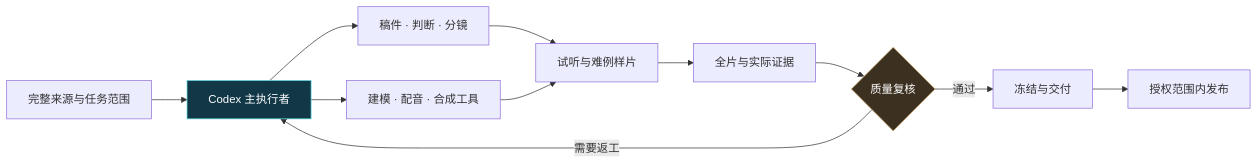
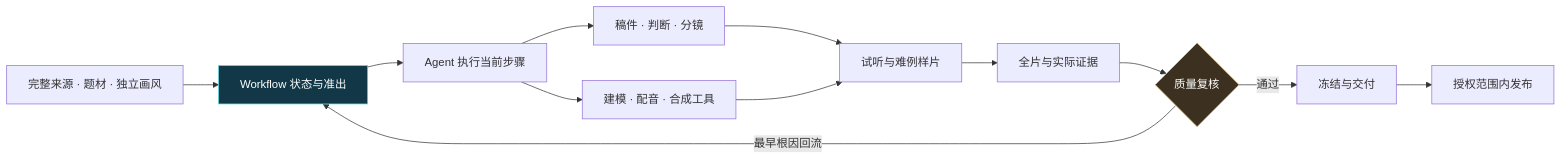
One commit to shao60533/industry-chain-3d-video-sop changed the first of 2 diagrams in README.md. Above: the diagram before and after it, drawn with Mermaid. The commit also changed other lines of this file and 36 other files, not shown here.

````diff
--- a/README.md
+++ b/README.md
@@ -51,15 +51,16 @@
 ```mermaid
 flowchart LR
-    S[完整来源与任务范围] --> C[Codex 主执行者]
+    S[完整来源 · 题材 · 独立画风] --> W[Workflow 状态与准出]
+    W --> C[Agent 执行当前步骤]
     C --> P[稿件 · 判断 · 分镜]
     C --> T[建模 · 配音 · 合成工具]
     P --> V[试听与难例样片]
     T --> V
     V --> F[全片与实际证据]
     F --> Q{质量复核}
-    Q -->|需要返工| C
+    Q -->|最早根因回流| W
     Q -->|通过| G[冻结与交付]
     G --> H[授权范围内发布]
-    style C fill:#123848,stroke:#5bd6df,color:#fff
+    style W fill:#123848,stroke:#5bd6df,color:#fff
     style Q fill:#3c3020,stroke:#dfba79,color:#fff
 ```
````
